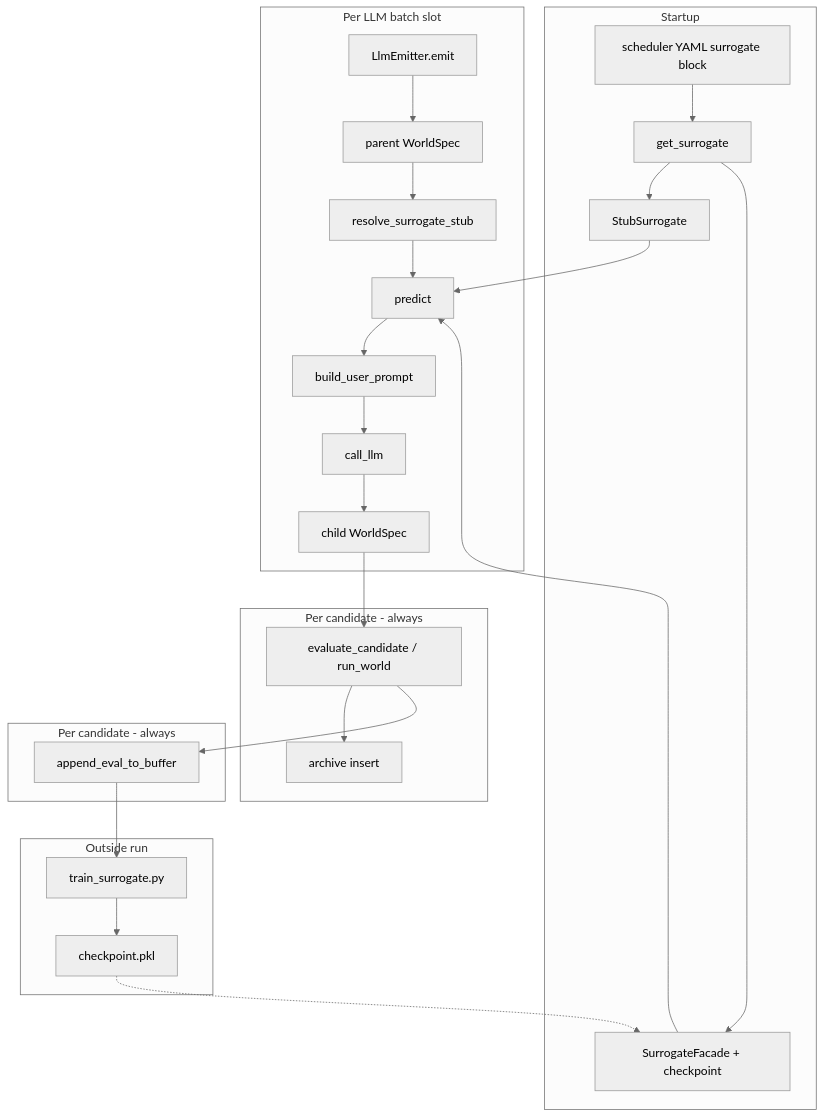
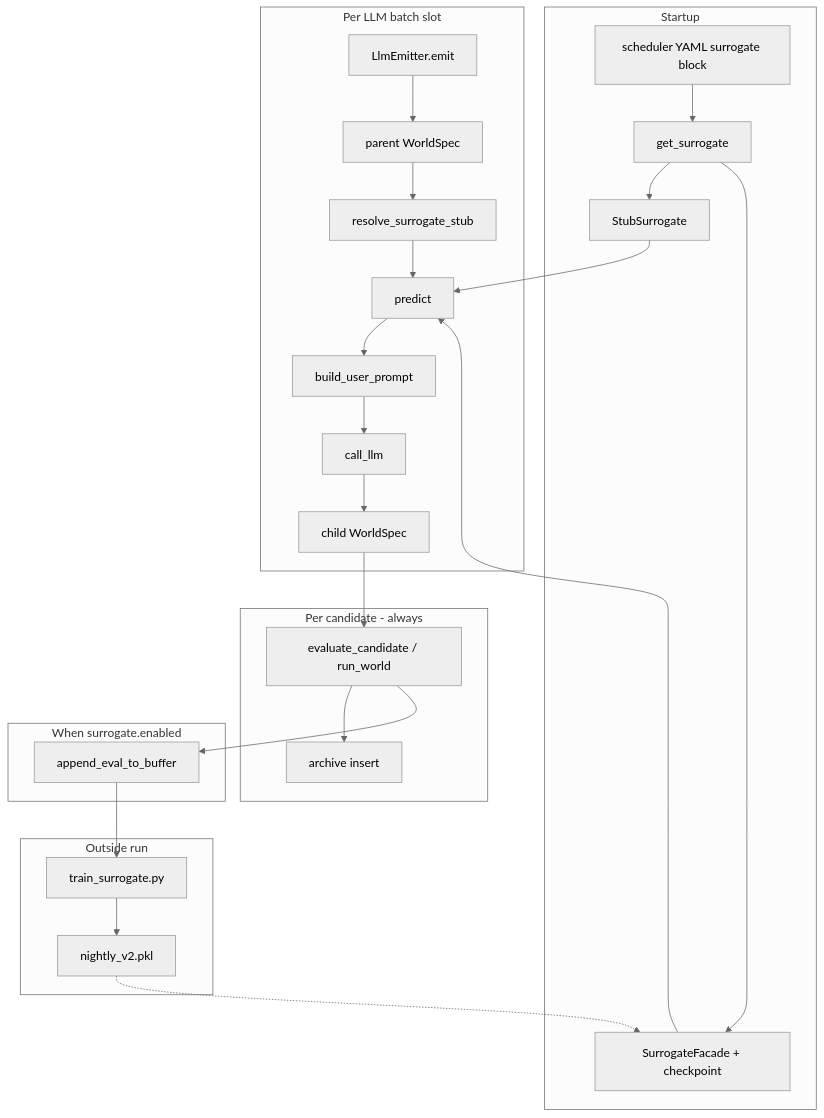
Before and after one commit to Starovoitov/LifeManifold: the first of 2 diagrams in docs/SURROGATE_MODEL.md, drawn with Mermaid (neutral theme). The commit also changed other lines of this file and 9 other files, not shown here.

First line of the commit message:
Enhance surrogate model functionality and update documentation for schema v2

````diff
--- a/docs/SURROGATE_MODEL.md
+++ b/docs/SURROGATE_MODEL.md
@@ -45,42 +45,42 @@
 ```mermaid
 flowchart TB
   subgraph cfg [Startup]
     YAML[scheduler YAML surrogate block]
     GS[get_surrogate]
     YAML --> GS
     GS --> STUB[StubSurrogate]
     GS --> FAC[SurrogateFacade + checkpoint]
   end
 
   subgraph llm_slot [Per LLM batch slot]
     EMIT[LlmEmitter.emit]
     PARENT[parent WorldSpec]
     RS[resolve_surrogate_stub]
     PR[predict]
     PROMPT[build_user_prompt]
     API[call_llm]
     CHILD[child WorldSpec]
     EMIT --> PARENT --> RS --> PR --> PROMPT --> API --> CHILD
   end
 
   subgraph truth [Per candidate - always]
     EVAL[evaluate_candidate / run_world]
     ARCH[archive insert]
     CHILD --> EVAL --> ARCH
   end
 
-  subgraph log [Per candidate - always]
+  subgraph log [When surrogate.enabled]
     BUF[append_eval_to_buffer]
     EVAL --> BUF
   end
 
   subgraph offline [Outside run]
     TR[train_surrogate.py]
-    CKPT[checkpoint.pkl]
+    CKPT[nightly_v2.pkl]
     BUF --> TR --> CKPT
     CKPT -.-> FAC
   end
 
   FAC --> PR
   STUB --> PR
 ```
````
